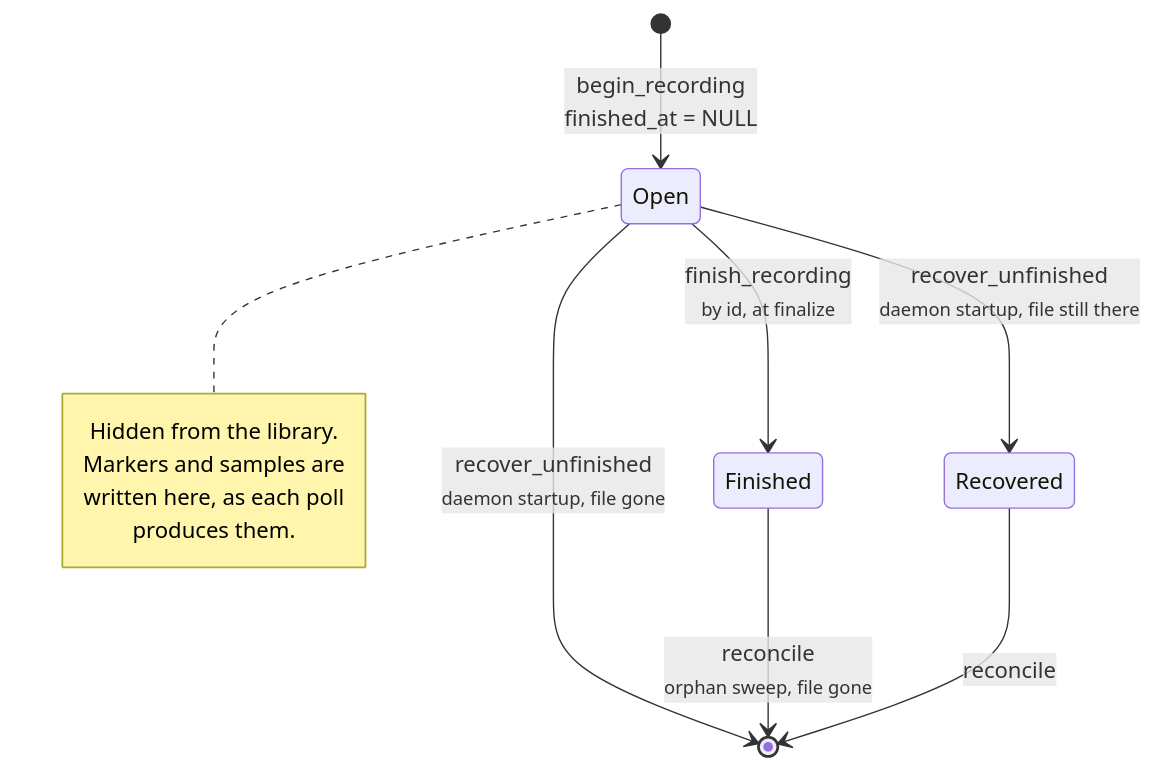
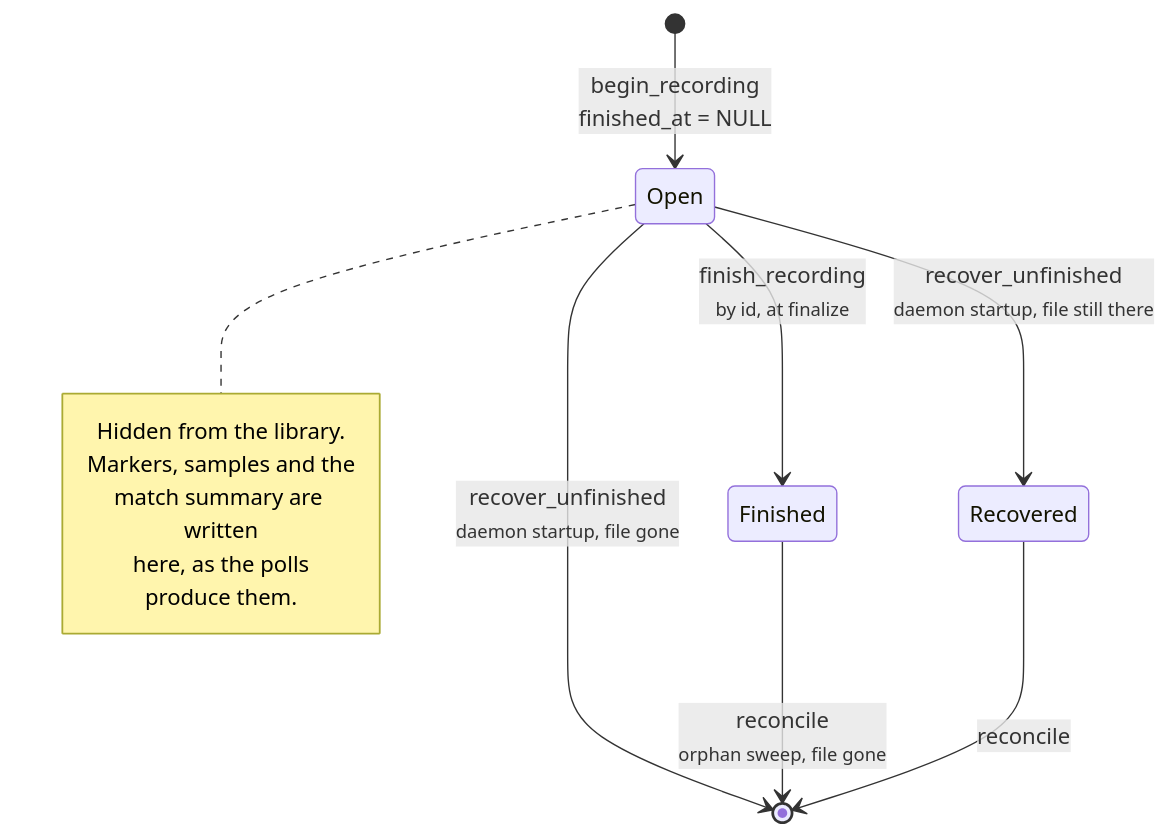
One commit to NinjaGoldfinch/ninja-recorder changed the second of 5 diagrams in docs/data-model.md. Above: the diagram before and after it, drawn with Mermaid. The commit also changed other lines of this file and 7 other files, not shown here.

````diff
--- a/docs/data-model.md
+++ b/docs/data-model.md
@@ -395,15 +395,16 @@
 ```mermaid
 stateDiagram-v2
     [*] --> Open: begin_recording<br/>finished_at = NULL
     Open --> Finished: finish_recording<br/><small>by id, at finalize</small>
     Open --> Recovered: recover_unfinished<br/><small>daemon startup, file still there</small>
     Open --> [*]: recover_unfinished<br/><small>daemon startup, file gone</small>
     Finished --> [*]: reconcile<br/><small>orphan sweep, file gone</small>
     Recovered --> [*]: reconcile
     note right of Open
         Hidden from the library.
-        Markers and samples are
-        written here, as each poll
-        produces them.
+        Markers, samples and the
+        match summary are written
+        here, as the polls
+        produce them.
     end note
 ```
````
